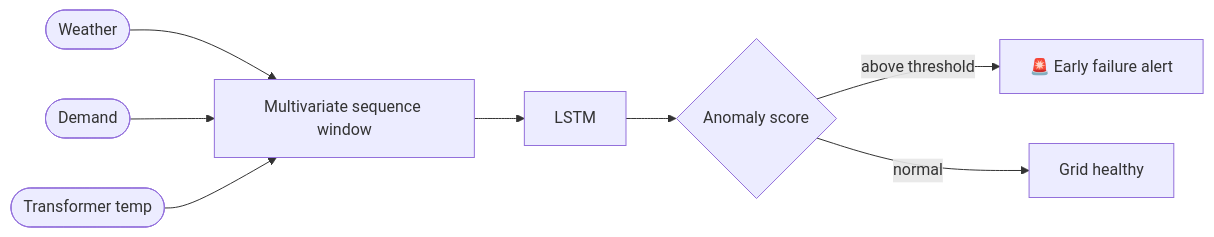
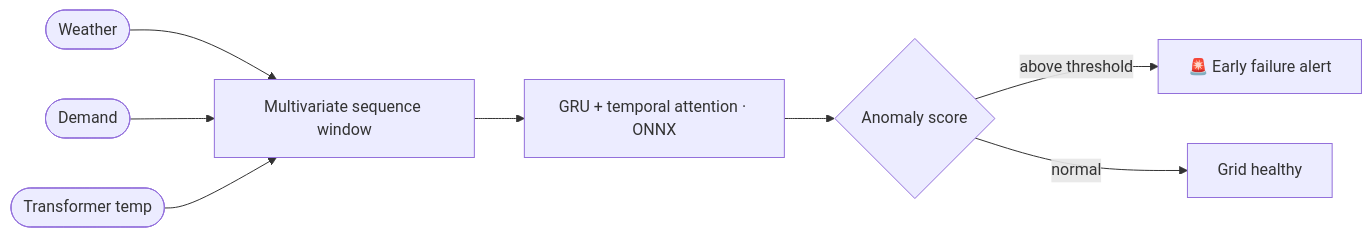
Before and after one commit to Anjalisehrawat007/Anjalisehrawat007: the third of 4 diagrams in README.md, drawn with Mermaid. The commit also changed other lines of this file and 5 other files, not shown here.

Commit message:
Power Grid: real held-out metrics and current architecture

````diff
--- a/README.md
+++ b/README.md
@@ -223,9 +225,9 @@
 ```mermaid
 flowchart LR
   W([Weather]) --> Q[Multivariate sequence window]
   D([Demand]) --> Q
   T([Transformer temp]) --> Q
-  Q --> L[LSTM] --> AN{Anomaly score}
+  Q --> L[GRU + temporal attention · ONNX] --> AN{Anomaly score}
   AN -->|above threshold| AL[🚨 Early failure alert]
   AN -->|normal| OK[Grid healthy]
 ```
````
